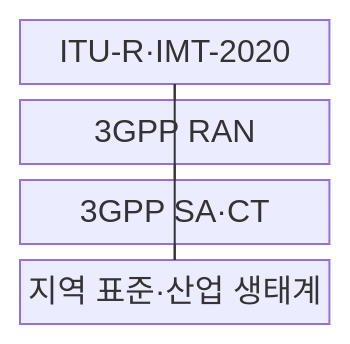
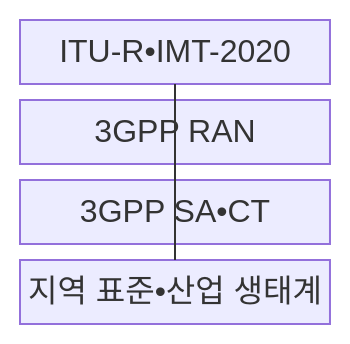
One commit to agnusdei1207/knowledge-base changed the first of 2 diagrams in src/content/docs/notes/07-law-policy/043_5g_international_standards.md. Above: the diagram before and after it, drawn with Mermaid. The commit also changed other lines of this file and 953 other files, not shown here.

````diff
--- a/src/content/docs/notes/07-law-policy/043_5g_international_standards.md
+++ b/src/content/docs/notes/07-law-policy/043_5g_international_standards.md
@@ -66,9 +66,9 @@
 ```mermaid
 block-beta
     columns 1
-    I["ITU-R·IMT-2020"] R["3GPP RAN"] S["3GPP SA·CT"] E["지역 표준·산업 생태계"]
+    I["ITU-R•IMT-2020"] R["3GPP RAN"] S["3GPP SA•CT"] E["지역 표준•산업 생태계"]
     I --- R
     I --- S
     R --- E
     S --- E
 ```
````
